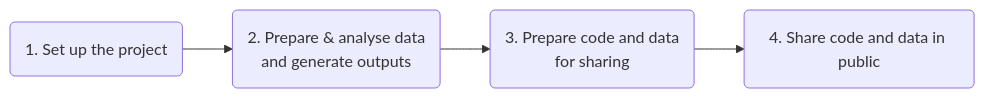
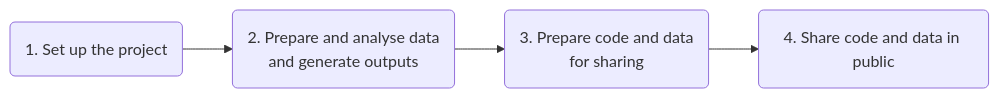
Before and after one commit to juusorepo/ReproRepo: the first of 3 diagrams in babysteps.qmd, drawn with Mermaid.

Commit message:
mermaid2

````diff
--- a/babysteps.qmd
+++ b/babysteps.qmd
@@ -12,9 +12,9 @@
 ```{mermaid flowchart_main, echo=FALSE}
 flowchart LR
     step1("1. Set up the project <br> ")
-    step2("2. Prepare & analyse data <br> and generate outputs")
+    step2("2. Prepare and analyse data <br> and generate outputs")
     step3("3. Prepare code and data <br> for sharing")
     step4("4. Share code and data in public")
     
     step1 --> step2 --> step3 --> step4
 ```
````
